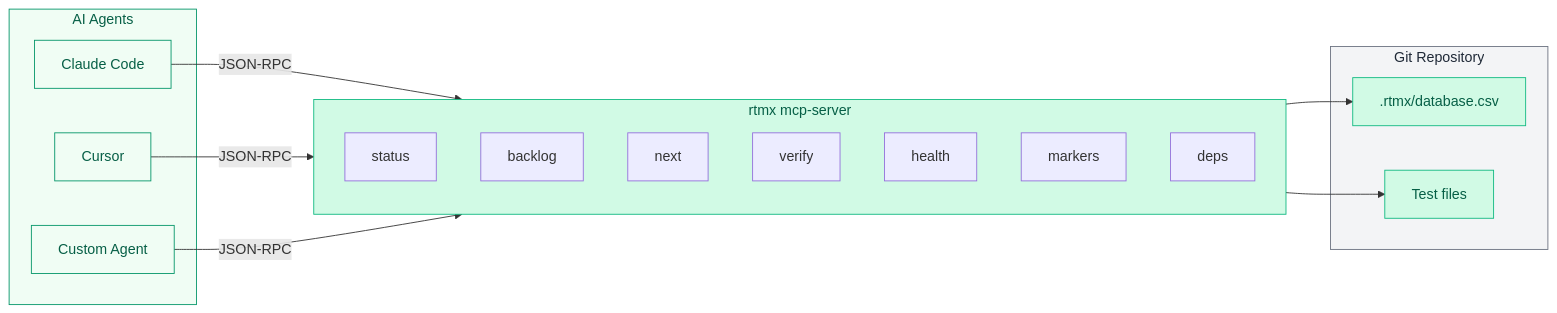
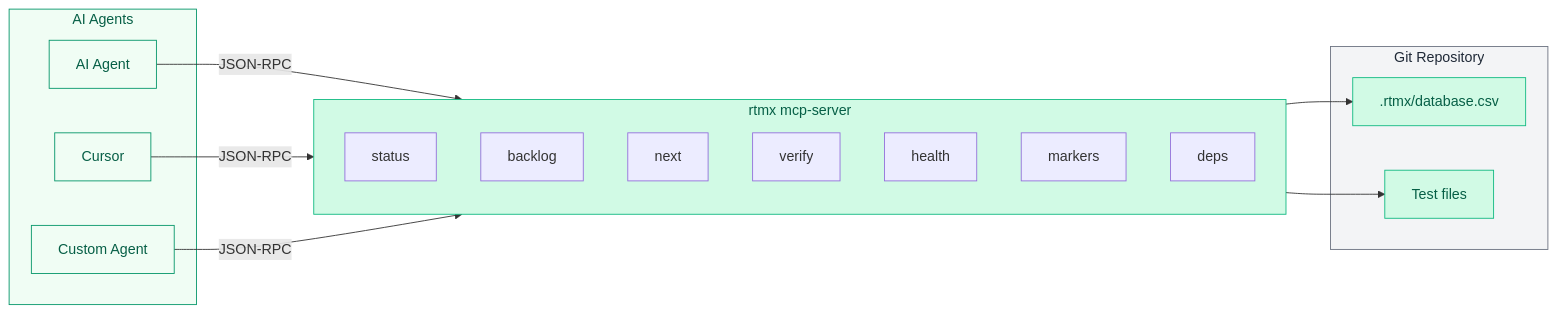
The third of 4 diagrams in docs/show-hn-v0.1.0.md (rtmx-ai/rtmx.ai), drawn with Mermaid before and after one commit. The commit also changed other lines of this file and 17 other files, not shown here.

````diff
--- a/docs/show-hn-v0.1.0.md
+++ b/docs/show-hn-v0.1.0.md
@@ -188,38 +188,38 @@
 ```mermaid
 flowchart LR
     subgraph agents["AI Agents"]
-        A1["Claude Code"]
+        A1["AI Agent"]
         A2["Cursor"]
         A3["Custom Agent"]
     end
 
     subgraph mcp["rtmx mcp-server"]
         T1["status"]
         T2["backlog"]
         T3["next"]
         T4["verify"]
         T5["health"]
         T6["markers"]
         T7["deps"]
     end
 
     subgraph repo["Git Repository"]
         DB[".rtmx/database.csv"]
         Tests["Test files"]
     end
 
     A1 -- "JSON-RPC" --> mcp
     A2 -- "JSON-RPC" --> mcp
     A3 -- "JSON-RPC" --> mcp
     mcp --> DB
     mcp --> Tests
 
     style agents fill:#f0fdf4,stroke:#059669,color:#065f46
     style mcp fill:#d1fae5,stroke:#10b981,color:#065f46
     style repo fill:#f3f4f6,stroke:#6b7280,color:#1f2937
     style A1 fill:#f0fdf4,stroke:#059669,color:#065f46
     style A2 fill:#f0fdf4,stroke:#059669,color:#065f46
     style A3 fill:#f0fdf4,stroke:#059669,color:#065f46
     style DB fill:#d1fae5,stroke:#10b981,color:#065f46
     style Tests fill:#d1fae5,stroke:#10b981,color:#065f46
 ```
````
